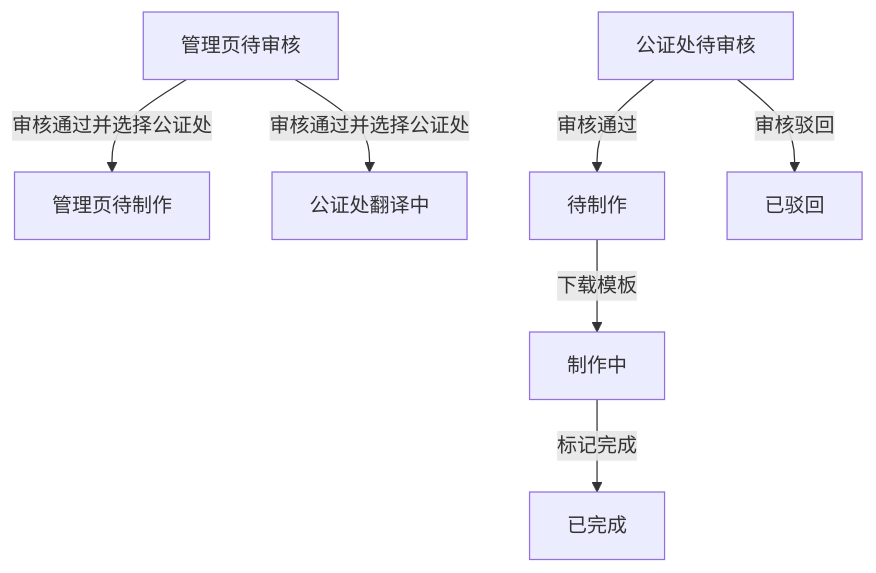
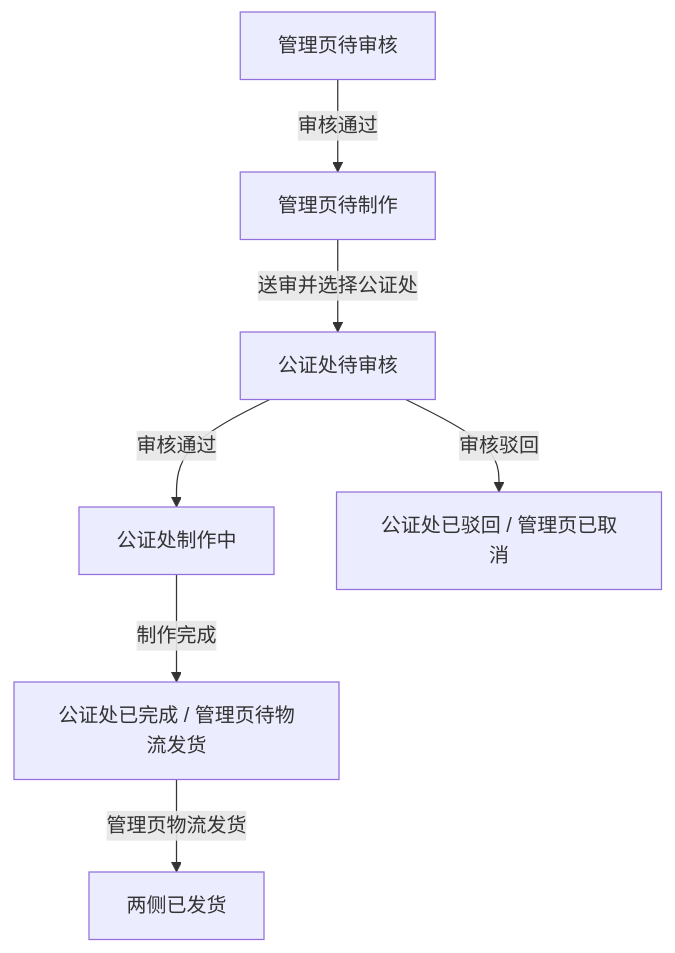
One commit to y15138550722-ops/mei-ka changed the diagram in specs/mei_ka_prd_spec-fenzhi/mei_ka_notary_workbench_spec.md. Above: the diagram before and after it, drawn with Mermaid. The commit also changed other lines of this file and 24 other files, not shown here.

````diff
--- a/specs/mei_ka_prd_spec-fenzhi/mei_ka_notary_workbench_spec.md
+++ b/specs/mei_ka_prd_spec-fenzhi/mei_ka_notary_workbench_spec.md
@@ -369,9 +374,9 @@
 ```mermaid
 flowchart TD
-    A["管理页待审核"] -->|"审核通过并选择公证处"| B["管理页待制作"]
-    A -->|"审核通过并选择公证处"| C["公证处翻译中"]
-    D["公证处待审核"] -->|"审核通过"| E["待制作"]
-    D -->|"审核驳回"| H["已驳回"]
-    E -->|"下载模板"| F["制作中"]
-    F -->|"标记完成"| G["已完成"]
+    A["管理页待审核"] -->|"审核通过"| B["管理页待制作"]
+    B -->|"送审并选择公证处"| C["公证处待审核"]
+    C -->|"审核通过"| D["公证处制作中"]
+    C -->|"审核驳回"| H["公证处已驳回 / 管理页已取消"]
+    D -->|"制作完成"| E["公证处已完成 / 管理页待物流发货"]
+    E -->|"管理页物流发货"| F["两侧已发货"]
 ```
````
